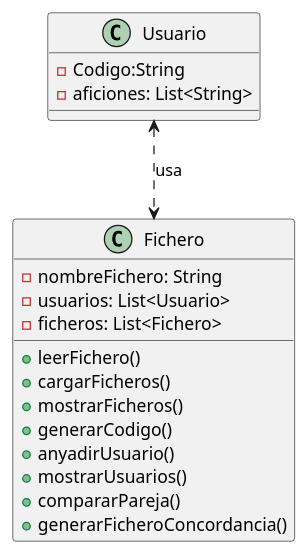
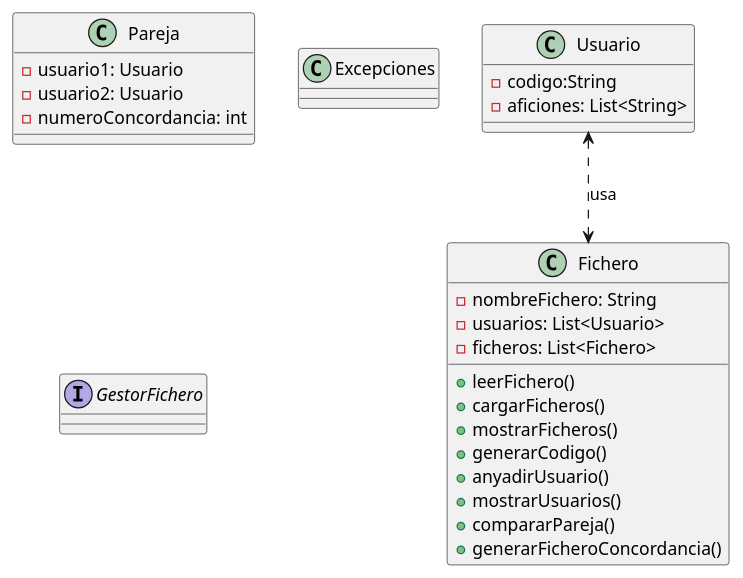
The diagram in diseno.puml (Jorgge22/Ficheros), drawn with PlantUML before and after one commit.

Commit message:
Cambios en el diseño, implementación clase Pareja y Excepciones e interfaz GestorArchivo

```diff
--- a/diseno.puml
+++ b/diseno.puml
@@ -1,23 +1,36 @@
 @startuml ficheros
 class Usuario {
-    - Codigo:String
+    - codigo:String
     - aficiones: List<String>
+}
+
+class Pareja {
+    - usuario1: Usuario
+    - usuario2: Usuario
+    - numeroConcordancia: int
 }
 
 class Fichero {
     - nombreFichero: String
     - usuarios: List<Usuario>
     - ficheros: List<Fichero>
 
     + leerFichero()
     + cargarFicheros()
     + mostrarFicheros()
     + generarCodigo()
     + anyadirUsuario()
     + mostrarUsuarios()
     + compararPareja()
     + generarFicheroConcordancia()
 }
 
+class Excepciones {
+
+}
+
+interface GestorFichero {
+}
+
 Usuario <..> Fichero : usa
 @enduml
```
